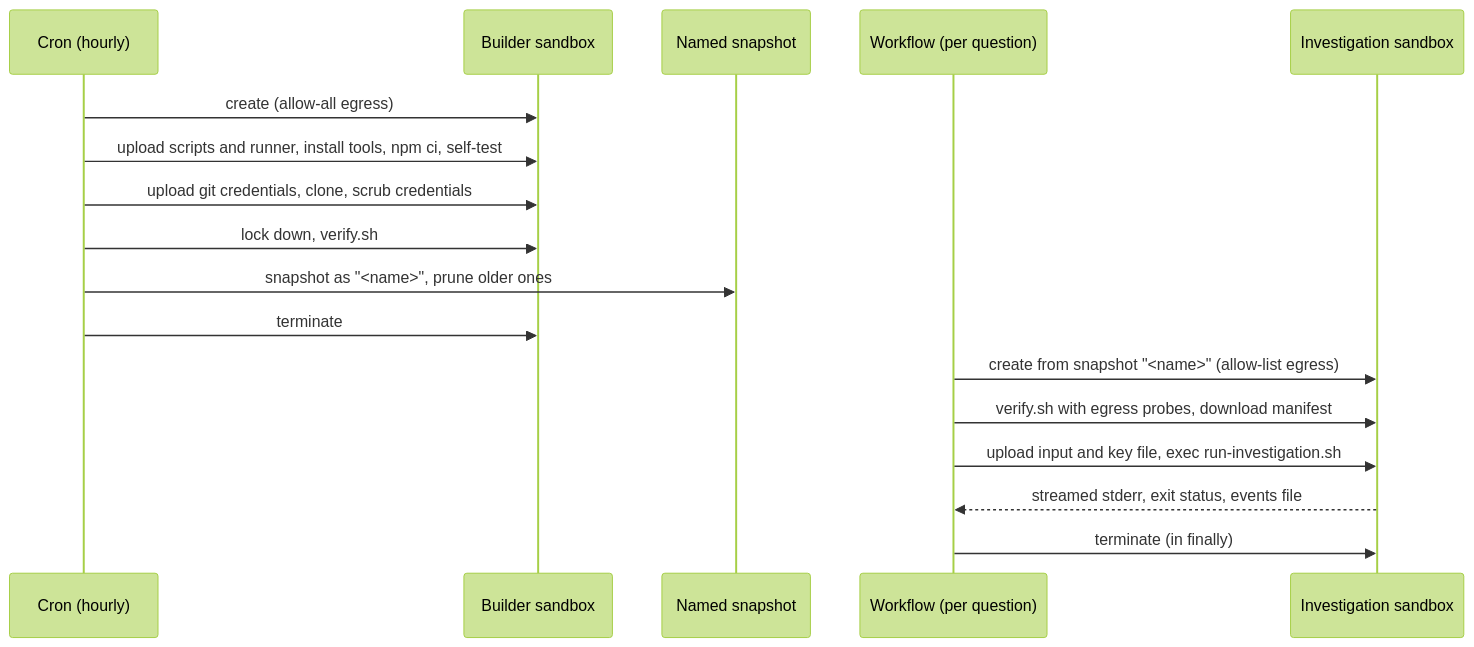
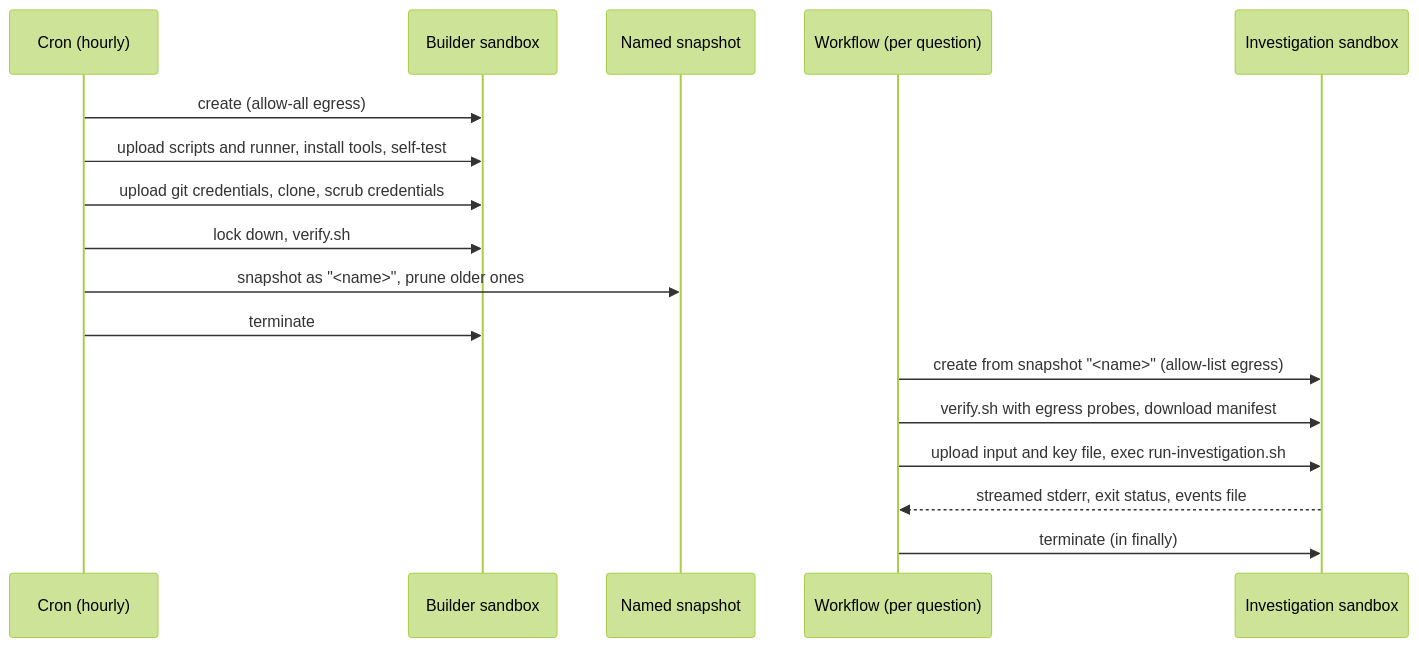
One commit to Ho1yShif/codebase-researcher changed the diagram in docs/sandboxes.md. Above: the diagram before and after it, drawn with Mermaid (forest theme). The commit also changed other lines of this file and 11 other files, not shown here.

First line of the commit message:
Bundle the runner completely; no npm in the sandbox

````diff
--- a/docs/sandboxes.md
+++ b/docs/sandboxes.md
@@ -13,20 +13,20 @@
 ```mermaid
 sequenceDiagram
   participant Cron as Cron (hourly)
   participant Builder as Builder sandbox
   participant Snap as Named snapshot
   participant WF as Workflow (per question)
   participant Sbx as Investigation sandbox
 
   Cron->>Builder: create (allow-all egress)
-  Cron->>Builder: upload scripts and runner, install tools, npm ci, self-test
+  Cron->>Builder: upload scripts and runner, install tools, self-test
   Cron->>Builder: upload git credentials, clone, scrub credentials
   Cron->>Builder: lock down, verify.sh
   Cron->>Snap: snapshot as "<name>", prune older ones
   Cron->>Builder: terminate
   WF->>Sbx: create from snapshot "<name>" (allow-list egress)
   WF->>Sbx: verify.sh with egress probes, download manifest
   WF->>Sbx: upload input and key file, exec run-investigation.sh
   Sbx-->>WF: streamed stderr, exit status, events file
   WF->>Sbx: terminate (in finally)
 ```
````
